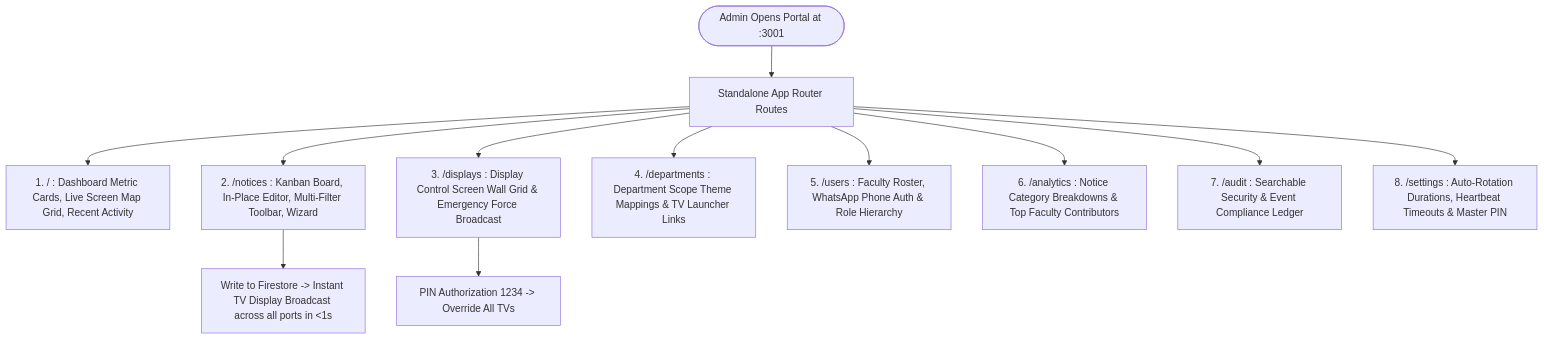
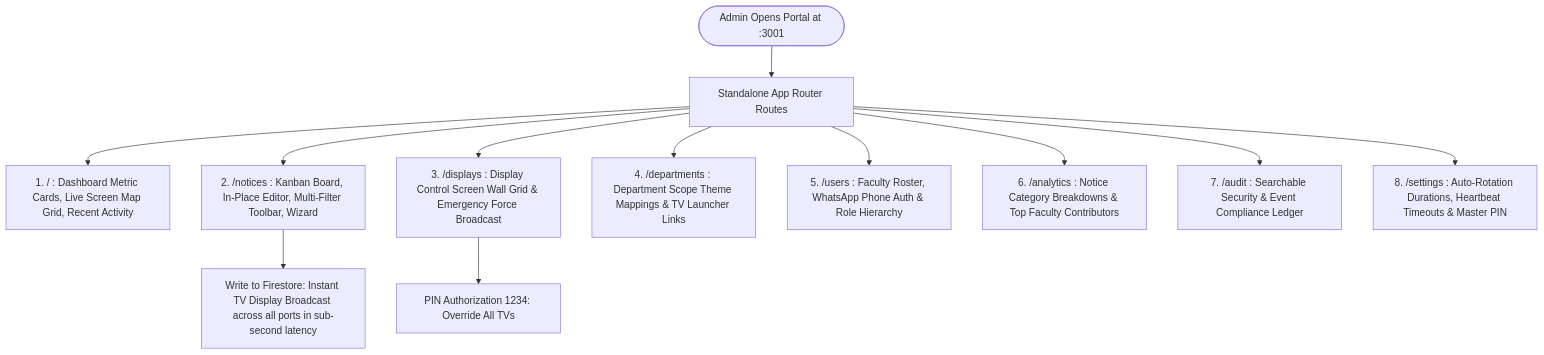
The fourth of 4 diagrams in Docs/SYSTEM_ARCHITECTURE_GUIDE.md (yash-ghodele/CampusCast), drawn with Mermaid before and after one commit. The commit also changed other lines of this file and 9 other files, not shown here.

Commit message:
docs: document zero-cost serverless ingestion, twilio sandbox setup, and mermaid diagrams

````diff
--- a/Docs/SYSTEM_ARCHITECTURE_GUIDE.md
+++ b/Docs/SYSTEM_ARCHITECTURE_GUIDE.md
@@ -163,16 +163,16 @@
 ```mermaid
 flowchart TD
-    AdminLogin([Admin Opens Portal at :3001]) --> NavRoutes[Standalone App Router Routes]
+    AdminLogin(["Admin Opens Portal at :3001"]) --> NavRoutes["Standalone App Router Routes"]
     
-    NavRoutes --> P1[1. / : Dashboard Metric Cards, Live Screen Map Grid, Recent Activity]
-    NavRoutes --> P2[2. /notices : Kanban Board, In-Place Editor, Multi-Filter Toolbar, Wizard]
-    NavRoutes --> P3[3. /displays : Display Control Screen Wall Grid & Emergency Force Broadcast]
-    NavRoutes --> P4[4. /departments : Department Scope Theme Mappings & TV Launcher Links]
-    NavRoutes --> P5[5. /users : Faculty Roster, WhatsApp Phone Auth & Role Hierarchy]
-    NavRoutes --> P6[6. /analytics : Notice Category Breakdowns & Top Faculty Contributors]
-    NavRoutes --> P7[7. /audit : Searchable Security & Event Compliance Ledger]
-    NavRoutes --> P8[8. /settings : Auto-Rotation Durations, Heartbeat Timeouts & Master PIN]
+    NavRoutes --> P1["1. / : Dashboard Metric Cards, Live Screen Map Grid, Recent Activity"]
+    NavRoutes --> P2["2. /notices : Kanban Board, In-Place Editor, Multi-Filter Toolbar, Wizard"]
+    NavRoutes --> P3["3. /displays : Display Control Screen Wall Grid & Emergency Force Broadcast"]
+    NavRoutes --> P4["4. /departments : Department Scope Theme Mappings & TV Launcher Links"]
+    NavRoutes --> P5["5. /users : Faculty Roster, WhatsApp Phone Auth & Role Hierarchy"]
+    NavRoutes --> P6["6. /analytics : Notice Category Breakdowns & Top Faculty Contributors"]
+    NavRoutes --> P7["7. /audit : Searchable Security & Event Compliance Ledger"]
+    NavRoutes --> P8["8. /settings : Auto-Rotation Durations, Heartbeat Timeouts & Master PIN"]
     
-    P2 --> WriteFS[Write to Firestore -> Instant TV Display Broadcast across all ports in <1s]
-    P3 --> EmergencyPIN[PIN Authorization 1234 -> Override All TVs]
+    P2 --> WriteFS["Write to Firestore: Instant TV Display Broadcast across all ports in sub-second latency"]
+    P3 --> EmergencyPIN["PIN Authorization 1234: Override All TVs"]
 ```
````
